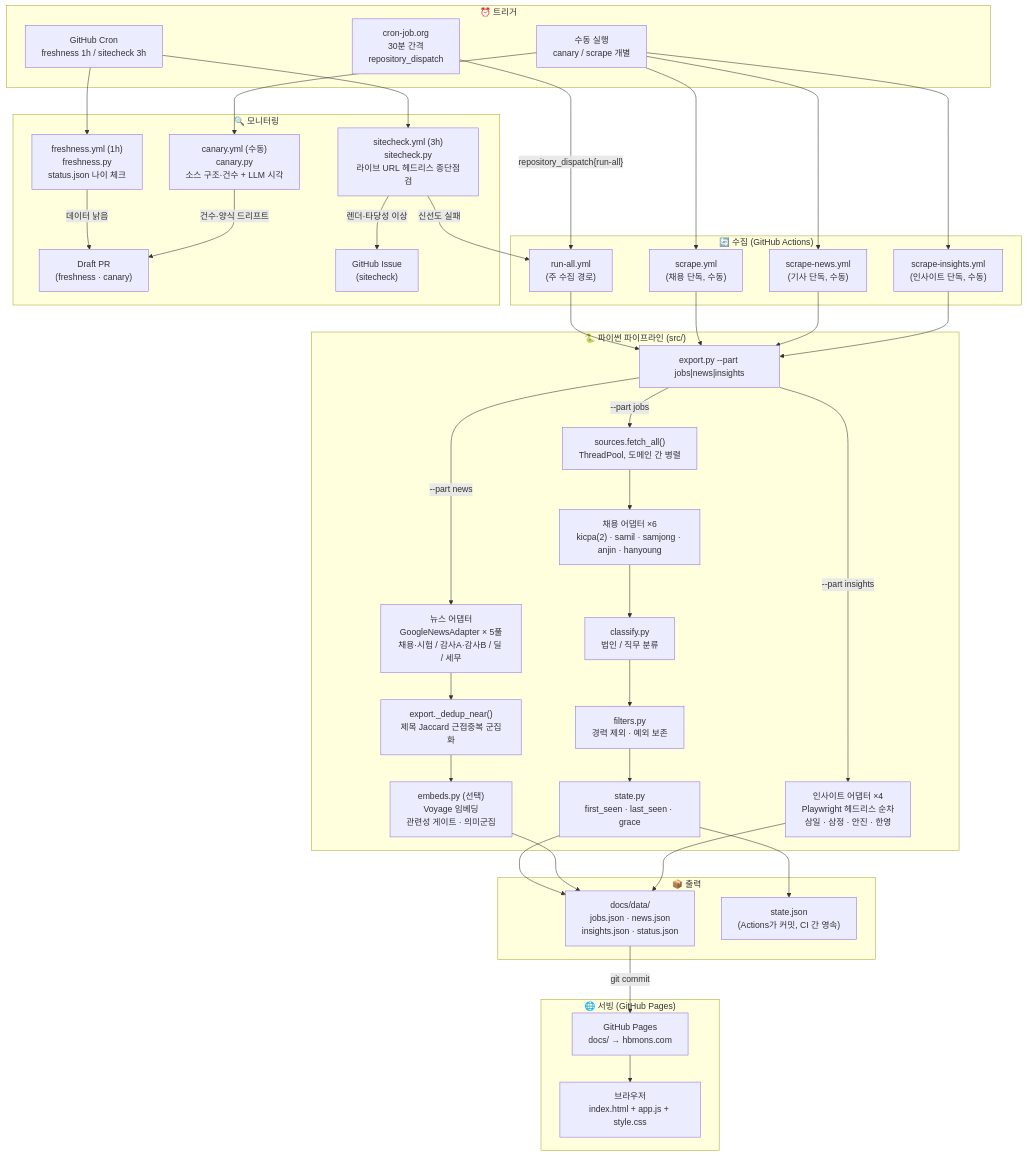
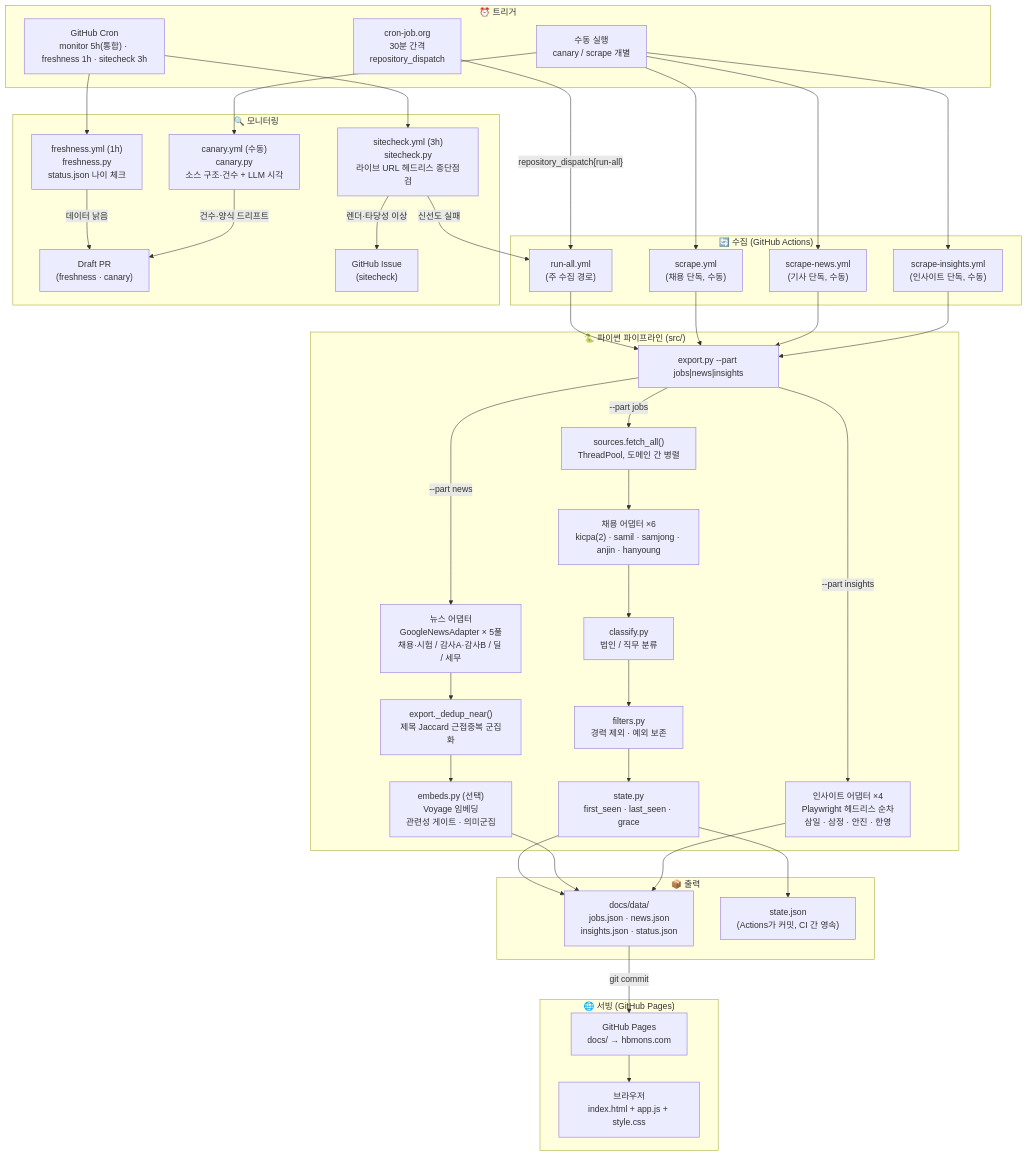
The first of 5 diagrams in docs-meta/WORKFLOW.md (jaehyuk-choi-KICPA/KICPA_CAREER_HUB_SITE), drawn with Mermaid before and after one commit. The commit also changed other lines of this file and 5 other files, not shown here.

````diff
--- a/docs-meta/WORKFLOW.md
+++ b/docs-meta/WORKFLOW.md
@@ -10,69 +10,69 @@
 ```mermaid
 flowchart TD
     subgraph TRIGGER["⏰ 트리거"]
         EXT["cron-job.org<br/>30분 간격<br/>repository_dispatch"]
-        GH_CRON["GitHub Cron<br/>freshness 1h / sitecheck 3h"]
+        GH_CRON["GitHub Cron<br/>monitor 5h(통합) · freshness 1h · sitecheck 3h"]
         MANUAL["수동 실행<br/>canary / scrape 개별"]
     end
 
     subgraph COLLECT["🔄 수집 (GitHub Actions)"]
         RUN_ALL["run-all.yml<br/>(주 수집 경로)"]
         SCRAPE["scrape.yml<br/>(채용 단독, 수동)"]
         SCRAPE_N["scrape-news.yml<br/>(기사 단독, 수동)"]
         SCRAPE_I["scrape-insights.yml<br/>(인사이트 단독, 수동)"]
     end
 
     subgraph PIPELINE["🐍 파이썬 파이프라인 (src/)"]
         EXPORT["export.py --part jobs|news|insights"]
         SOURCES["sources.fetch_all()<br/>ThreadPool, 도메인 간 병렬"]
         ADAPTERS_J["채용 어댑터 ×6<br/>kicpa(2) · samil · samjong · anjin · hanyoung"]
         ADAPTERS_N["뉴스 어댑터<br/>GoogleNewsAdapter × 5풀<br/>채용·시험 / 감사A·감사B / 딜 / 세무"]
         ADAPTERS_I["인사이트 어댑터 ×4<br/>Playwright 헤드리스 순차<br/>삼일 · 삼정 · 안진 · 한영"]
         STATE["state.py<br/>first_seen · last_seen · grace"]
         CLASSIFY["classify.py<br/>법인 / 직무 분류"]
         FILTER["filters.py<br/>경력 제외 · 예외 보존"]
         DEDUP["export._dedup_near()<br/>제목 Jaccard 근접중복 군집화"]
         EMBEDS["embeds.py (선택)<br/>Voyage 임베딩<br/>관련성 게이트 · 의미군집"]
     end
 
     subgraph OUTPUT["📦 출력"]
         DATA["docs/data/<br/>jobs.json · news.json<br/>insights.json · status.json"]
         STATE_J["state.json<br/>(Actions가 커밋, CI 간 영속)"]
     end
 
     subgraph SERVE["🌐 서빙 (GitHub Pages)"]
         PAGES["GitHub Pages<br/>docs/ → hbmons.com"]
         BROWSER["브라우저<br/>index.html + app.js + style.css"]
     end
 
     subgraph MONITOR["🔍 모니터링"]
         FRESH["freshness.yml (1h)<br/>freshness.py<br/>status.json 나이 체크"]
         SITE["sitecheck.yml (3h)<br/>sitecheck.py<br/>라이브 URL 헤드리스 종단점검"]
         CANARY["canary.yml (수동)<br/>canary.py<br/>소스 구조·건수 + LLM 시각"]
         DRAFT_PR["Draft PR<br/>(freshness · canary)"]
         GH_ISSUE["GitHub Issue<br/>(sitecheck)"]
     end
 
     EXT -->|"repository_dispatch{run-all}"| RUN_ALL
     GH_CRON --> FRESH & SITE
     MANUAL --> SCRAPE & SCRAPE_N & SCRAPE_I & CANARY
 
     RUN_ALL --> EXPORT
     SCRAPE & SCRAPE_N & SCRAPE_I --> EXPORT
 
     EXPORT -->|"--part jobs"| SOURCES --> ADAPTERS_J
     EXPORT -->|"--part news"| ADAPTERS_N
     EXPORT -->|"--part insights"| ADAPTERS_I
 
     ADAPTERS_J --> CLASSIFY --> FILTER --> STATE --> DATA
     ADAPTERS_N --> DEDUP --> EMBEDS --> DATA
     ADAPTERS_I --> DATA
     STATE --> STATE_J
 
     DATA -->|"git commit"| PAGES --> BROWSER
 
     FRESH -->|"데이터 낡음"| DRAFT_PR
     SITE -->|"렌더·타당성 이상"| GH_ISSUE
     SITE -->|"신선도 실패"| RUN_ALL
     CANARY -->|"건수·양식 드리프트"| DRAFT_PR
 ```
````
